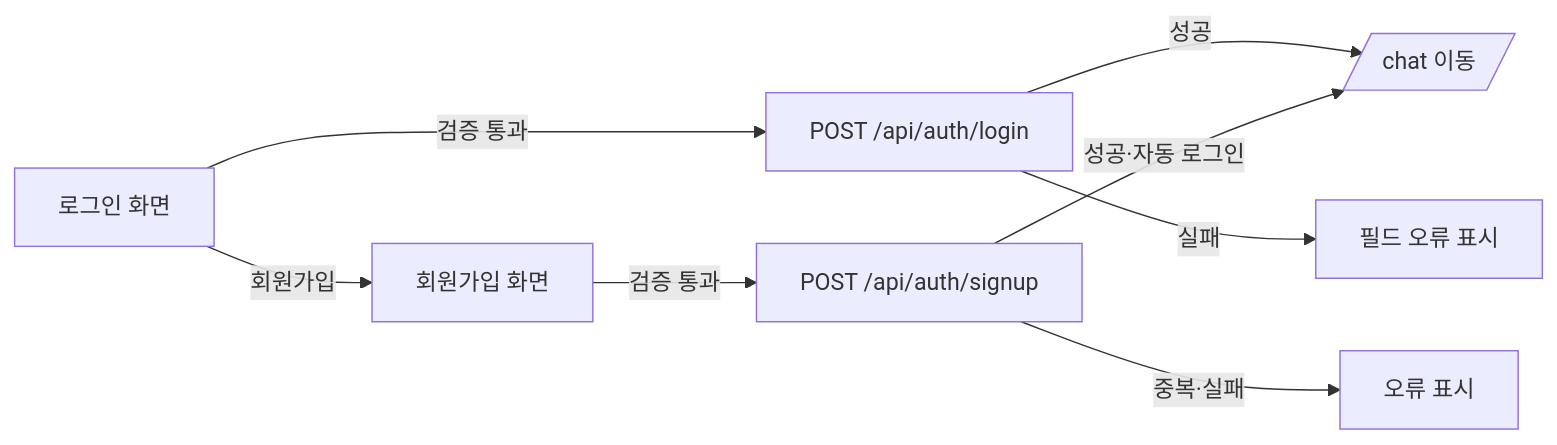
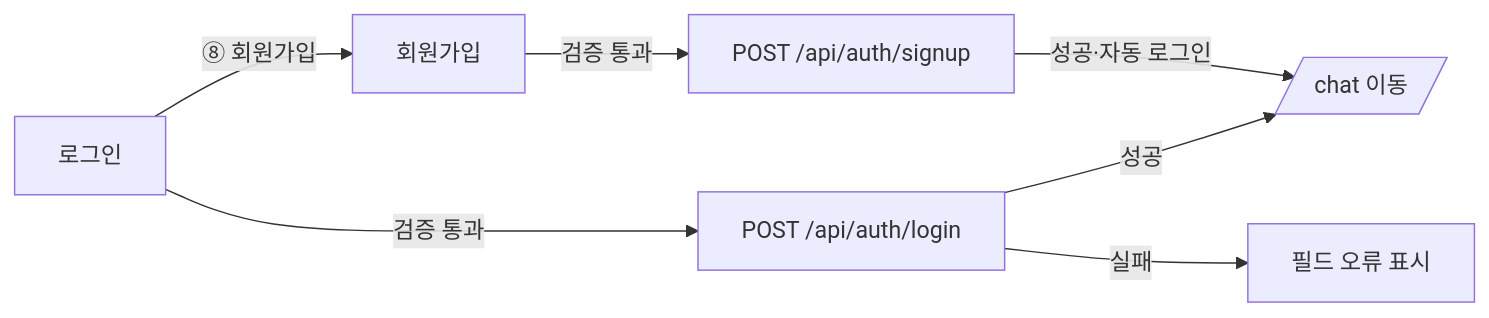
The diagram in docs/frontend_wireframes_login_signup.md (SKNETWORKS-FAMILY-AICAMP/SKN28-4TH-2TEAM), drawn with Mermaid before and after one commit. The commit also changed other lines of this file and 11 other files, not shown here.

````diff
--- a/docs/frontend_wireframes_login_signup.md
+++ b/docs/frontend_wireframes_login_signup.md
@@ -81,10 +47,9 @@
 ```mermaid
 flowchart LR
-    LguestI[로그인 화면] -->|검증 통과| Api[POST /api/auth/login]
-    Api -->|성공| Chat[/chat 이동/]
-    Api -->|실패| Err[필드 오류 표시]
-    LguestI -->|회원가입| Su[회원가입 화면]
-    Su -->|검증 통과| Api2[POST /api/auth/signup]
-    Api2 -->|성공·자동 로그인| Chat
-    Api2 -->|중복·실패| Err2[오류 표시]
+    L[로그인] -->|검증 통과| A1[POST /api/auth/login]
+    A1 -->|성공| C[/chat 이동/]
+    A1 -->|실패| E[필드 오류 표시]
+    L -->|⑧ 회원가입| S[회원가입]
+    S -->|검증 통과| A2[POST /api/auth/signup]
+    A2 -->|성공·자동 로그인| C
 ```
````
